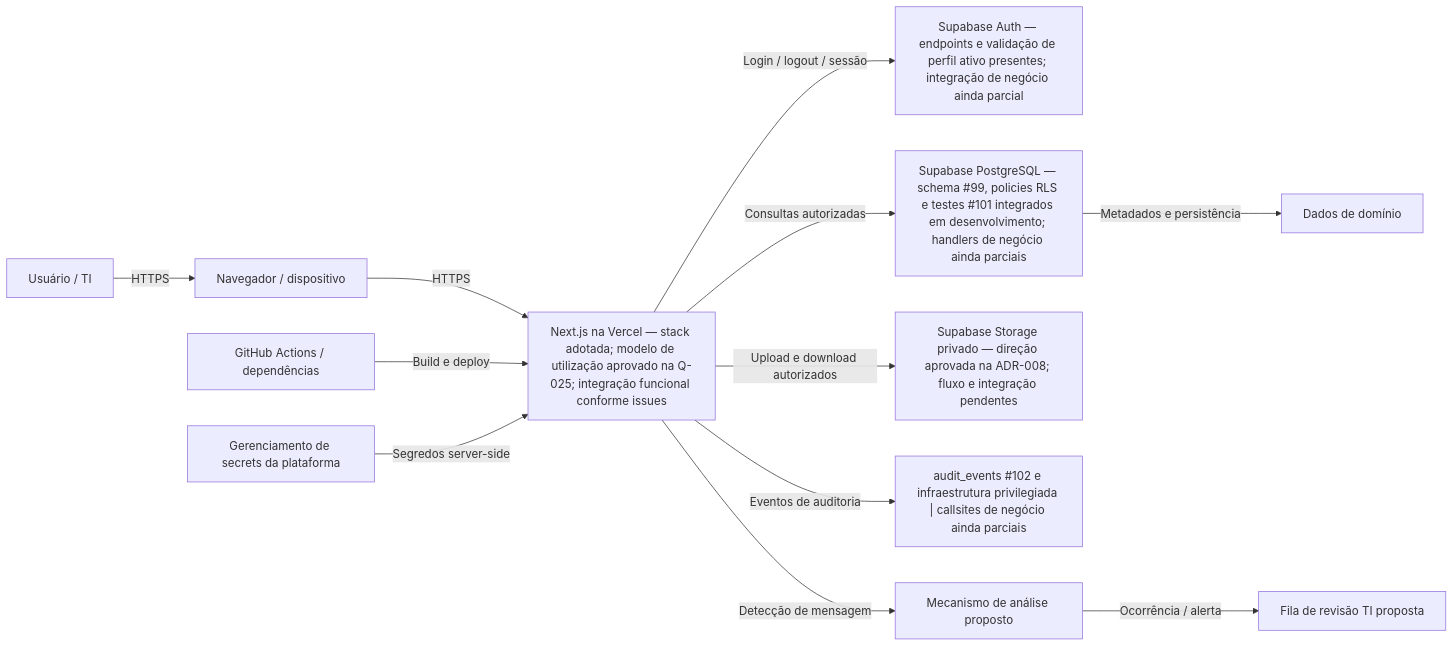
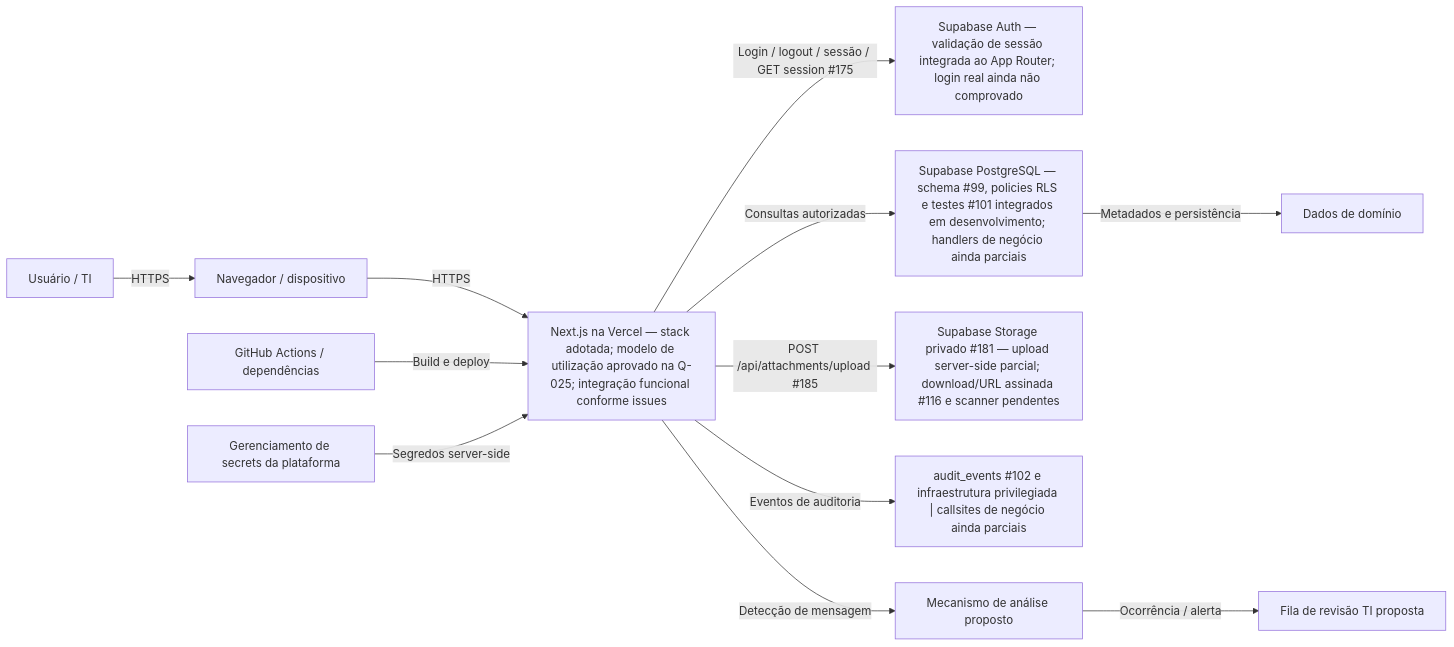
Before and after one commit to Aluvioz/Polychat: the diagram in docs/security/issue-125-modelo-de-ameacas.md, drawn with Mermaid. The commit also changed other lines of this file, not shown here.

```diff
--- a/docs/security/issue-125-modelo-de-ameacas.md
+++ b/docs/security/issue-125-modelo-de-ameacas.md
@@ -128,14 +135,14 @@
 ~~~mermaid
 flowchart LR
     U["Usuário / TI"] -->|HTTPS| B["Navegador / dispositivo"]
     B -->|HTTPS| V["Next.js na Vercel — stack adotada; modelo de utilização aprovado na Q-025; integração funcional conforme issues"]
-    V -->|Login / logout / sessão| A["Supabase Auth — endpoints e validação de perfil ativo presentes; integração de negócio ainda parcial"]
+    V -->|Login / logout / sessão / GET session #175| A["Supabase Auth — validação de sessão integrada ao App Router; login real ainda não comprovado"]
     V -->|Consultas autorizadas| P["Supabase PostgreSQL — schema #99, policies RLS e testes #101 integrados em desenvolvimento; handlers de negócio ainda parciais"]
-    V -->|Upload e download autorizados| S["Supabase Storage privado — direção aprovada na ADR-008; fluxo e integração pendentes"]
+    V -->|POST /api/attachments/upload #185| S["Supabase Storage privado #181 — upload server-side parcial; download/URL assinada #116 e scanner pendentes"]
     P -->|Metadados e persistência| D["Dados de domínio"]
     V -->|Eventos de auditoria| L["audit_events #102 e infraestrutura privilegiada #124; callsites de negócio ainda parciais"]
     V -->|Detecção de mensagem| M["Mecanismo de análise proposto"]
     M -->|Ocorrência / alerta| Q["Fila de revisão TI proposta"]
     CI["GitHub Actions / dependências"] -->|Build e deploy| V
     K["Gerenciamento de secrets da plataforma"] -->|Segredos server-side| V
 ~~~
```
